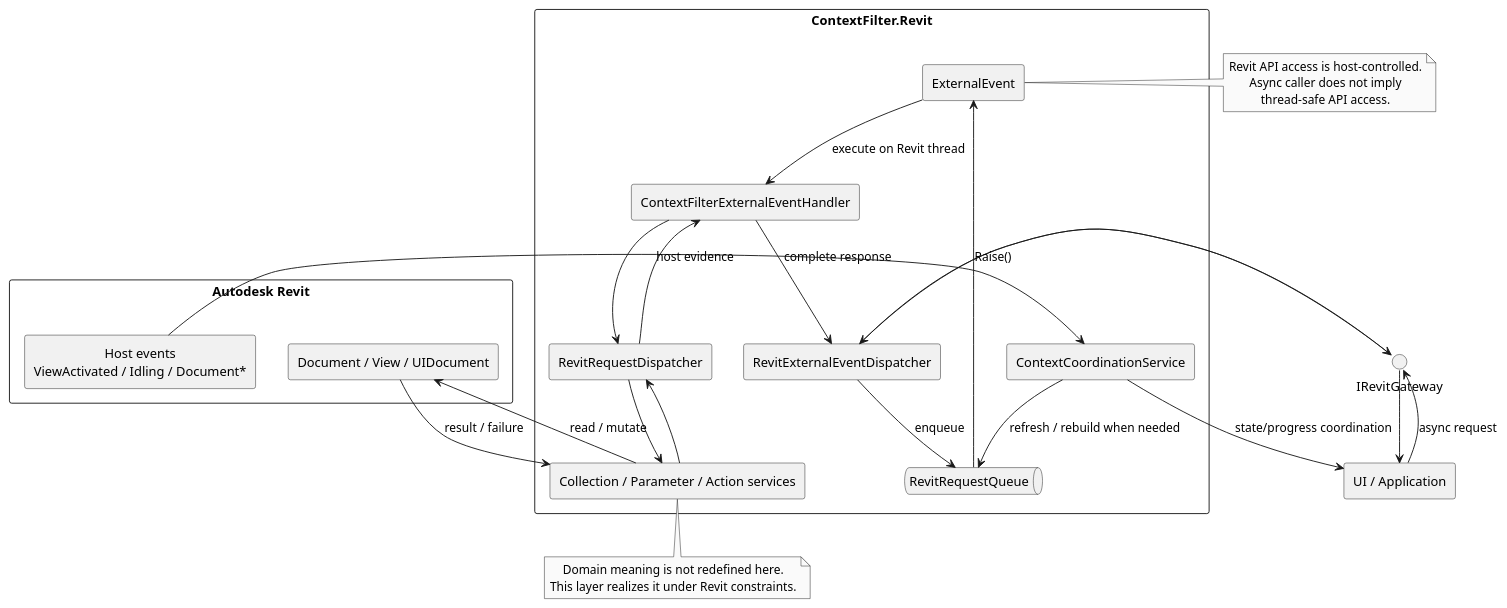
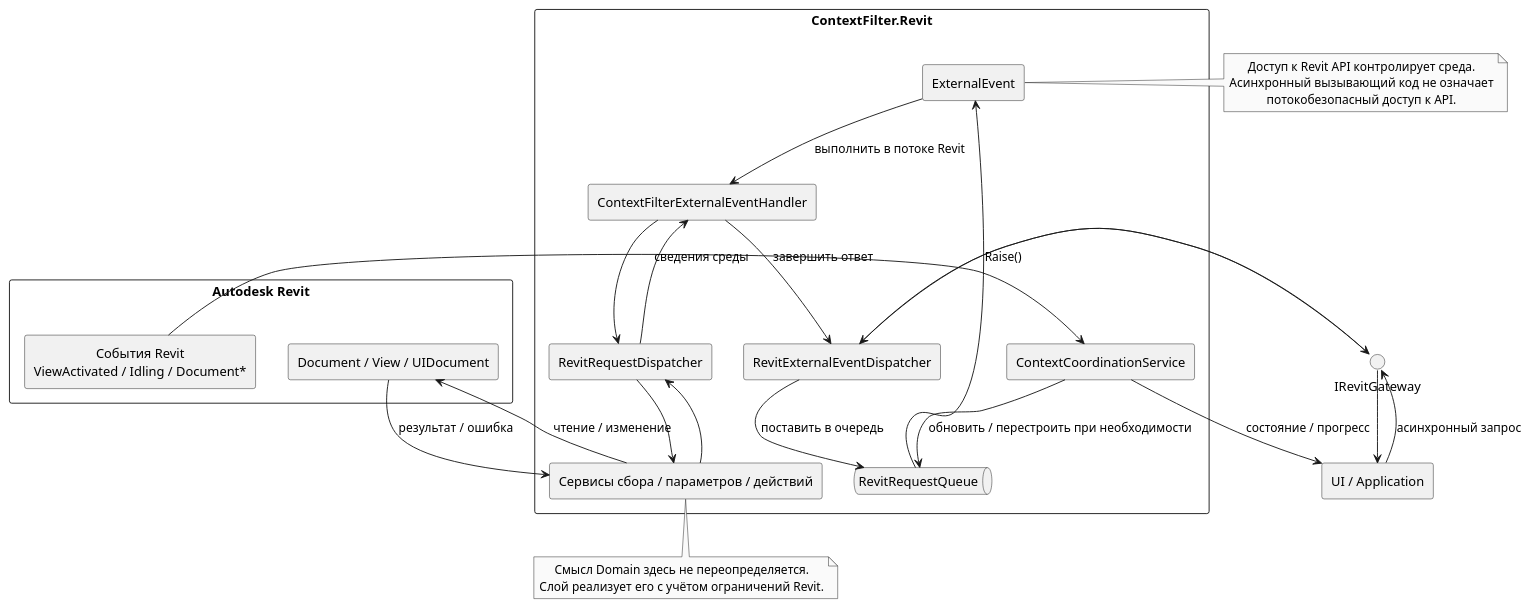
Before and after one commit to branch-danya-dev/revit-context-filter-analisys: the diagram in revit/diagrams/revit-host-flow.puml, drawn with PlantUML. The commit also changed 23 other files, not shown here.

Commit message:
Localize Revit host integration documentation

```diff
--- a/revit/diagrams/revit-host-flow.puml
+++ b/revit/diagrams/revit-host-flow.puml
@@ -1,51 +1,51 @@
 @startuml
 skinparam monochrome true
 skinparam shadowing false
 skinparam defaultTextAlignment center
 
 rectangle "UI / Application" as Caller
 interface "IRevitGateway" as Port
 rectangle "ContextFilter.Revit" {
   rectangle "RevitExternalEventDispatcher" as GW
   queue "RevitRequestQueue" as Queue
   rectangle "ExternalEvent" as EE
   rectangle "ContextFilterExternalEventHandler" as Handler
   rectangle "RevitRequestDispatcher" as Dispatcher
-  rectangle "Collection / Parameter / Action services" as Services
+  rectangle "Сервисы сбора / параметров / действий" as Services
   rectangle "ContextCoordinationService" as Coord
 }
 rectangle "Autodesk Revit" {
   rectangle "Document / View / UIDocument" as Revit
-  rectangle "Host events\nViewActivated / Idling / Document*" as Events
+  rectangle "События Revit\nViewActivated / Idling / Document*" as Events
 }
 
-Caller --> Port : async request
+Caller --> Port : асинхронный запрос
 Port --> GW
-GW --> Queue : enqueue
+GW --> Queue : поставить в очередь
 Queue --> EE : Raise()
-EE --> Handler : execute on Revit thread
+EE --> Handler : выполнить в потоке Revit
 Handler --> Dispatcher
 Dispatcher --> Services
-Services --> Revit : read / mutate
-Revit --> Services : result / failure
+Services --> Revit : чтение / изменение
+Revit --> Services : результат / ошибка
 Services --> Dispatcher
 Dispatcher --> Handler
-Handler --> GW : complete response
+Handler --> GW : завершить ответ
 GW --> Port
 Port --> Caller
 
-Events --> Coord : host evidence
-Coord --> Queue : refresh / rebuild when needed
-Coord --> Caller : state/progress coordination
+Events --> Coord : сведения среды
+Coord --> Queue : обновить / перестроить при необходимости
+Coord --> Caller : состояние / прогресс
 
 note right of EE
-Revit API access is host-controlled.
-Async caller does not imply
-thread-safe API access.
+Доступ к Revit API контролирует среда.
+Асинхронный вызывающий код не означает
+потокобезопасный доступ к API.
 end note
 
 note bottom of Services
-Domain meaning is not redefined here.
-This layer realizes it under Revit constraints.
+Смысл Domain здесь не переопределяется.
+Слой реализует его с учётом ограничений Revit.
 end note
 @enduml
```
